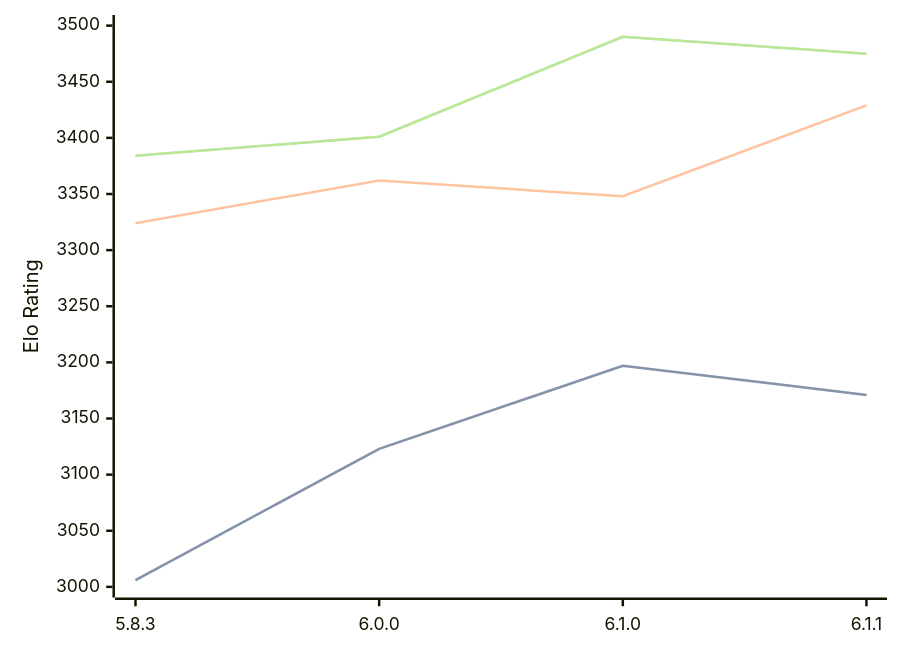
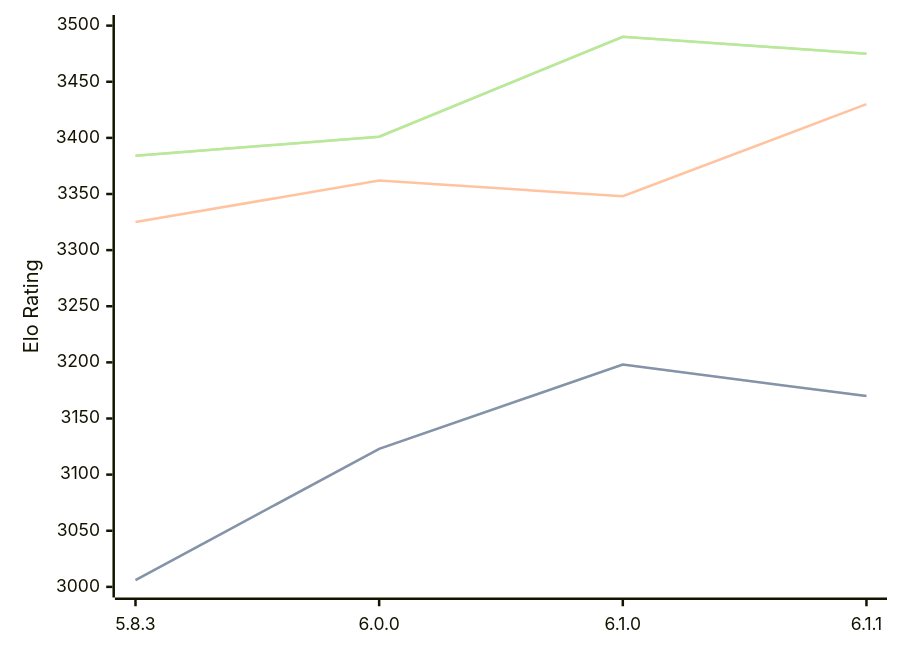
Before and after one commit to computer-chess-index/cci: the diagram in engines/Zigqueen.md, drawn with Mermaid. The commit also changed other lines of this file, not shown here.

````diff
--- a/engines/Zigqueen.md
+++ b/engines/Zigqueen.md
@@ -38,11 +39,11 @@
 ```mermaid
 %%{init: {"theme":"base","themeVariables":{"seriesColors:['#a3a3a3','#222221','#faa371']}}}%%
 xychart-beta
   x-axis ["5.8.3", "6.0.0", "6.1.0", "6.1.1"]
   y-axis "Elo Rating" 3000 --> 3500
-  line "" [3006, 3123, 3197, 3171]
-  line "STC (8.0+0.08s)" [3006, 3123, 3197, 3171]
-  line "LTC (60.0+0.60s)" [3324, 3362, 3348, 3429]
+  line "" [3006, 3123, 3198, 3170]
+  line "STC (8.0+0.08s)" [3006, 3123, 3198, 3170]
+  line "LTC (60.0+0.60s)" [3325, 3362, 3348, 3430]
   line "" [3384, 3401, 3490, 3475]
   line "VLTC (2m24s+1.12s)" [3384, 3401, 3490, 3475]
 ```
````
